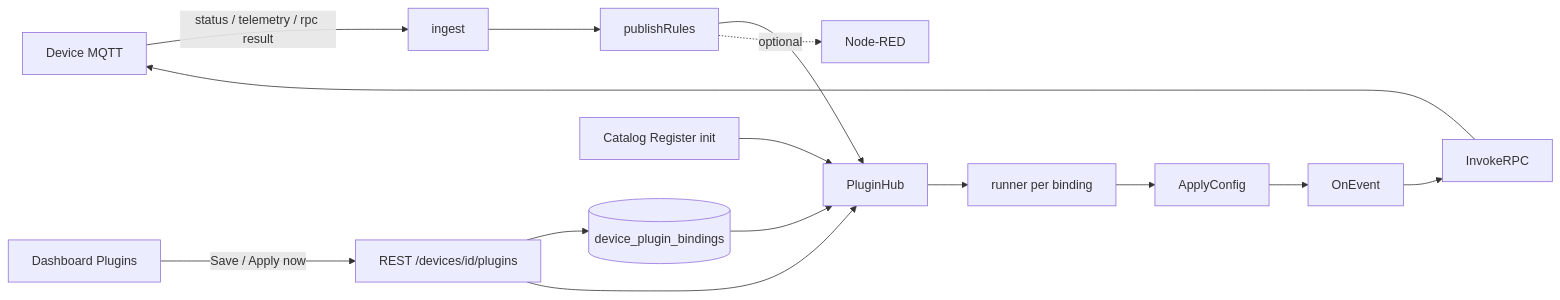
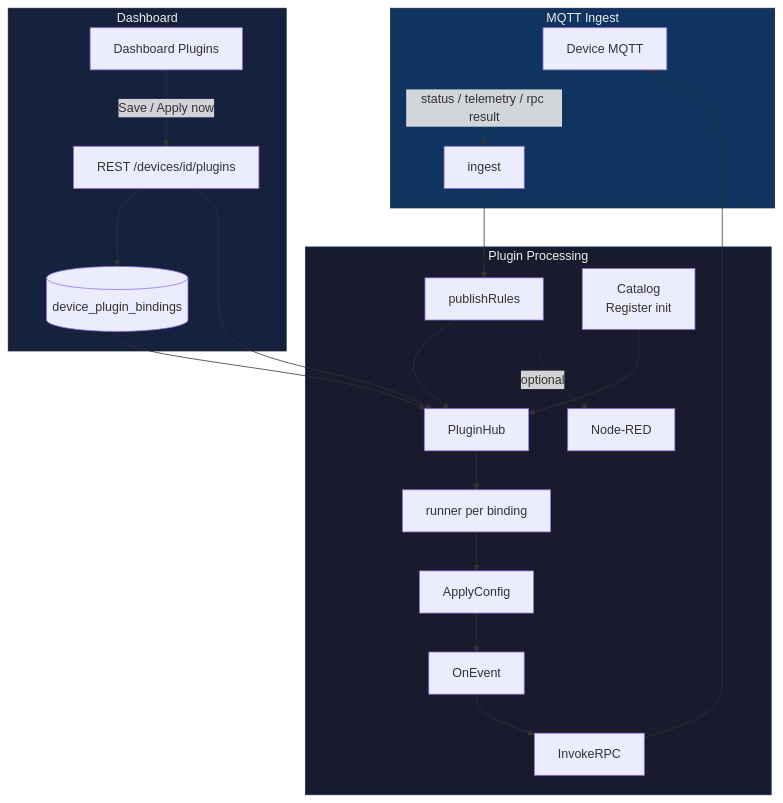
Before and after one commit to darvik80/iot-platform-go: the seventh of 8 diagrams in docs/ru/14-diagrams.md, drawn with Mermaid. The commit also changed other lines of this file and 27 other files, not shown here.

````diff
--- a/docs/ru/14-diagrams.md
+++ b/docs/ru/14-diagrams.md
@@ -230,17 +250,31 @@
 ```mermaid
-flowchart LR
-  Dev[Device MQTT] -->|status / telemetry / rpc result| Ing[ingest]
-  UI[Dashboard Plugins] -->|Save / Apply now| API["REST /devices/id/plugins"]
-  Ing --> PR[publishRules]
-  PR --> Hub[PluginHub]
-  PR -.->|optional| NR[Node-RED]
-  API --> SQ[(device_plugin_bindings)]
-  API --> Hub
-  SQ --> Hub
-  Cat[Catalog Register init] --> Hub
-  Hub --> R[runner per binding]
-  R --> AC[ApplyConfig]
-  AC --> OE[OnEvent]
-  OE --> RPC[InvokeRPC]
+flowchart TB
+  subgraph Ingest["MQTT Ingest"]
+    Dev[Device MQTT] -->|status / telemetry / rpc result| Ing[ingest]
+  end
+
+  subgraph Core["Plugin Processing"]
+    Ing --> PR[publishRules]
+    PR --> Hub[PluginHub]
+    PR -.->|optional| NR[Node-RED]
+    Cat[Catalog<br/>Register init] --> Hub
+    Hub --> R[runner per binding]
+    R --> AC[ApplyConfig]
+    AC --> OE[OnEvent]
+    OE --> RPC[InvokeRPC]
+  end
+
+  subgraph Management["Dashboard"]
+    UI[Dashboard Plugins] -->|Save / Apply now| API["REST /devices/id/plugins"]
+    API --> SQ[(device_plugin_bindings)]
+    API --> Hub
+    SQ --> Hub
+  end
+
+  %% Core → Device
   RPC --> Dev
+
+  style Ingest fill:#0f3460,stroke:#16213e,color:#eee
+  style Core fill:#1a1a2e,stroke:#0f3460,color:#eee
+  style Management fill:#16213e,stroke:#1a1a2e,color:#eee
 ```
````
